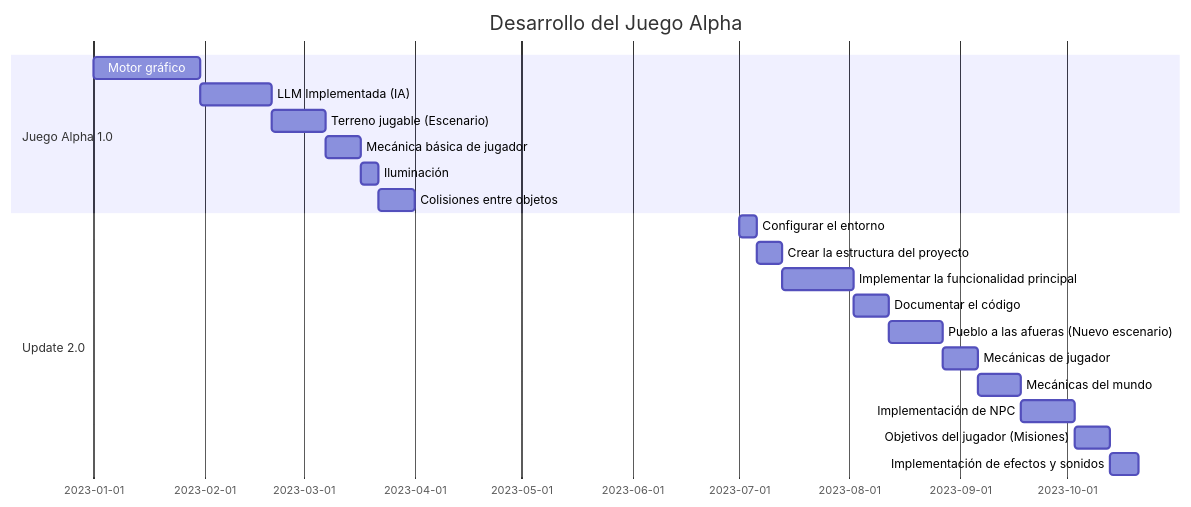
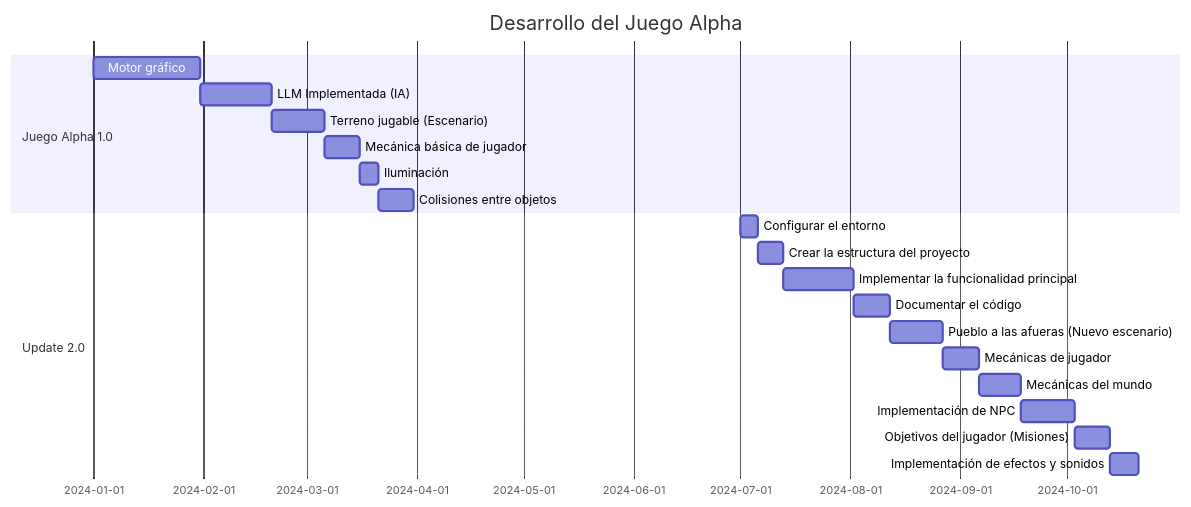
Before and after one commit to FelixCanosa/Beta-programa: the diagram in README.md, drawn with Mermaid.

Commit message:
mejorando el readme 1.2

````diff
--- a/README.md
+++ b/README.md
@@ -45,24 +45,24 @@
 ```mermaid
 gantt
     title Desarrollo del Juego Alpha
     dateFormat  YYYY-MM-DD
     section Juego Alpha 1.0
-    Motor gráfico           :a1, 2023-01-01, 30d
+    Motor gráfico           :a1, 2024-01-01, 30d
     LLM Implementada (IA)   :a2, after a1, 20d
     Terreno jugable (Escenario) :a3, after a2, 15d
     Mecánica básica de jugador :a4, after a3, 10d
     Iluminación             :a5, after a4, 5d
     Colisiones entre objetos :a6, after a5, 10d
 
     section Update 2.0
-    Configurar el entorno   :b1, 2023-07-01, 5d
+    Configurar el entorno   :b1, 2024-07-01, 5d
     Crear la estructura del proyecto :b2, after b1, 7d
     Implementar la funcionalidad principal :b3, after b2, 20d
     Documentar el código    :b4, after b3, 10d
     Pueblo a las afueras (Nuevo escenario) :b5, after b4, 15d
     Mecánicas de jugador    :b6, after b5, 10d
     Mecánicas del mundo     :b7, after b6, 12d
     Implementación de NPC   :b8, after b7, 15d
     Objetivos del jugador (Misiones) :b9, after b8, 10d
     Implementación de efectos y sonidos :b10, after b9, 8d
 ```
````
